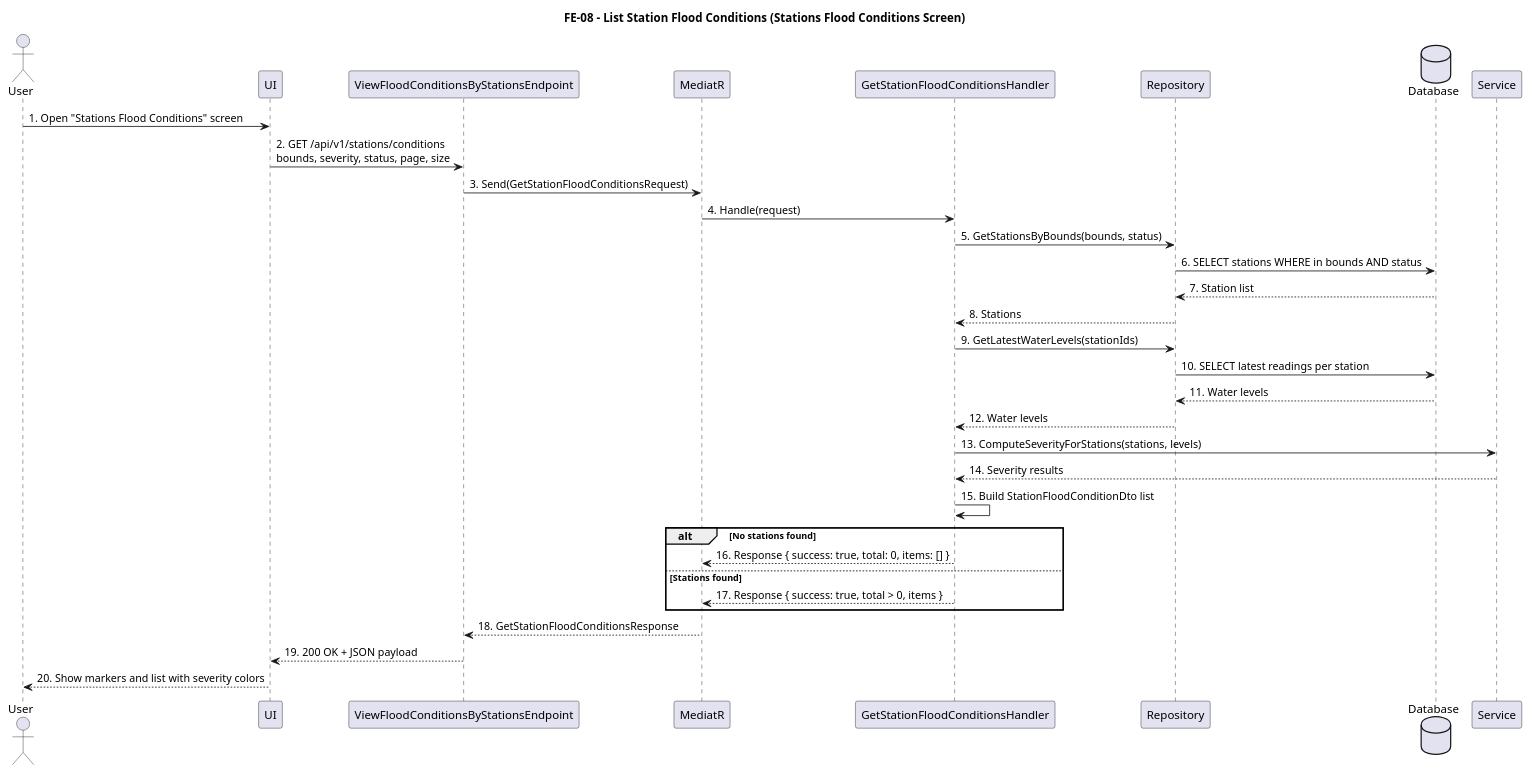
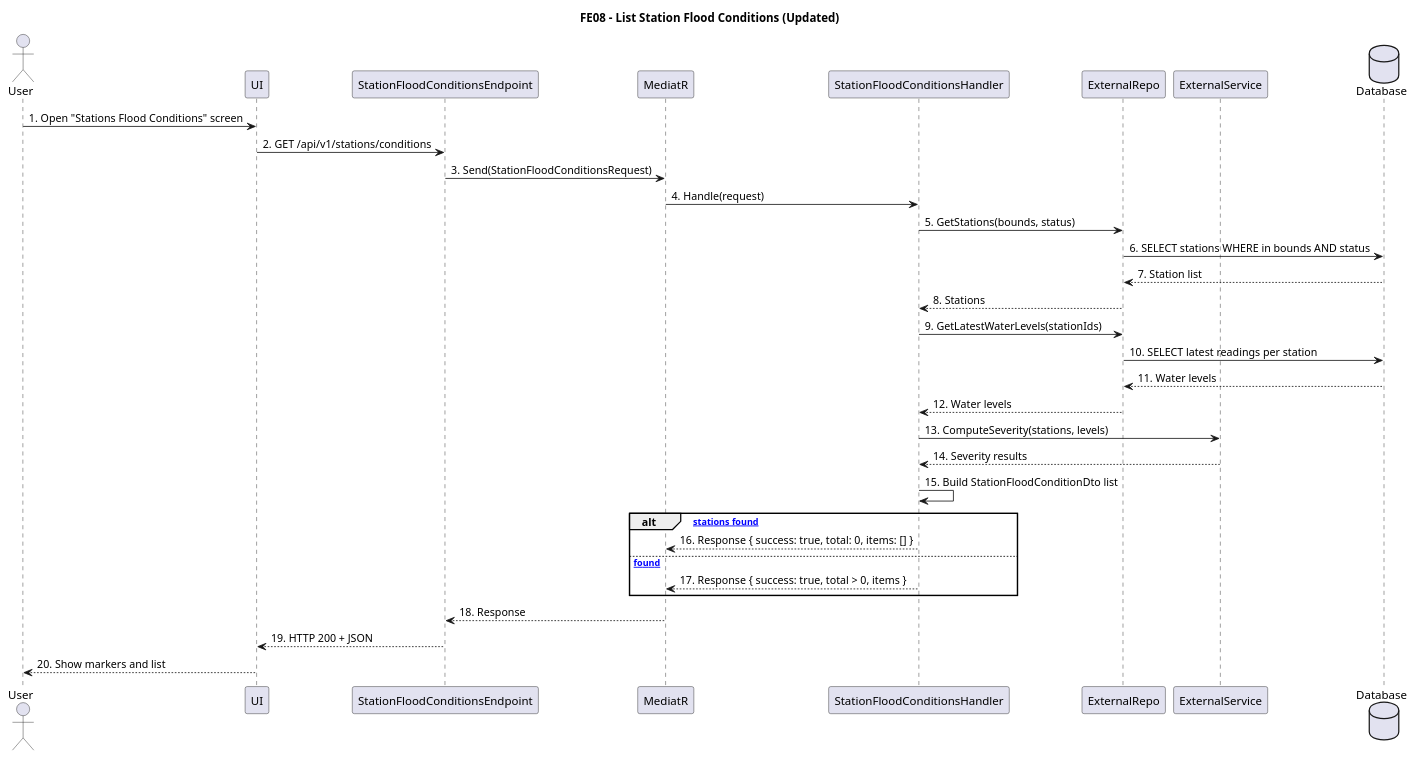
One commit to XuHo-IT/FDA_API changed the first of 2 diagrams in documents/Sequence.Diagram/FE08_ViewFloodConditionsBySensorStations.puml. Above: the diagram before and after it, drawn with PlantUML. The commit also changed other lines of this file and 2 other files, not shown here.

```diff
--- a/documents/Sequence.Diagram/FE08_ViewFloodConditionsBySensorStations.puml
+++ b/documents/Sequence.Diagram/FE08_ViewFloodConditionsBySensorStations.puml
@@ -1,43 +2,43 @@
-@startuml FE08_ListStationFloodConditions
-title FE-08 - List Station Flood Conditions (Stations Flood Conditions Screen)
+@startuml FE08_ListStationFloodConditions_Updated
+title FE08 - List Station Flood Conditions (Updated)
 
 actor User
 participant UI
-participant "ViewFloodConditionsByStationsEndpoint" as Endpoint
+participant StationFloodConditionsEndpoint
 participant MediatR
-participant "GetStationFloodConditionsHandler" as Handler
-participant Repository
+participant StationFloodConditionsHandler
+participant ExternalRepo
+participant ExternalService
 database Database
-participant Service
 
 User -> UI: 1. Open "Stations Flood Conditions" screen
-UI -> Endpoint: 2. GET /api/v1/stations/conditions\nbounds, severity, status, page, size
-Endpoint -> MediatR: 3. Send(GetStationFloodConditionsRequest)
-MediatR -> Handler: 4. Handle(request)
+UI -> StationFloodConditionsEndpoint: 2. GET /api/v1/stations/conditions
+StationFloodConditionsEndpoint -> MediatR: 3. Send(StationFloodConditionsRequest)
+MediatR -> StationFloodConditionsHandler: 4. Handle(request)
 
-Handler -> Repository: 5. GetStationsByBounds(bounds, status)
-Repository -> Database: 6. SELECT stations WHERE in bounds AND status
-Database --> Repository: 7. Station list
-Repository --> Handler: 8. Stations
+StationFloodConditionsHandler -> ExternalRepo: 5. GetStations(bounds, status)
+ExternalRepo -> Database: 6. SELECT stations WHERE in bounds AND status
+Database --> ExternalRepo: 7. Station list
+ExternalRepo --> StationFloodConditionsHandler: 8. Stations
 
-Handler -> Repository: 9. GetLatestWaterLevels(stationIds)
-Repository -> Database: 10. SELECT latest readings per station
-Database --> Repository: 11. Water levels
-Repository --> Handler: 12. Water levels
+StationFloodConditionsHandler -> ExternalRepo: 9. GetLatestWaterLevels(stationIds)
+ExternalRepo -> Database: 10. SELECT latest readings per station
+Database --> ExternalRepo: 11. Water levels
+ExternalRepo --> StationFloodConditionsHandler: 12. Water levels
 
-Handler -> Service: 13. ComputeSeverityForStations(stations, levels)
-Service --> Handler: 14. Severity results
+StationFloodConditionsHandler -> ExternalService: 13. ComputeSeverity(stations, levels)
+ExternalService --> StationFloodConditionsHandler: 14. Severity results
 
-Handler -> Handler: 15. Build StationFloodConditionDto list
+StationFloodConditionsHandler -> StationFloodConditionsHandler: 15. Build StationFloodConditionDto list
 
-alt No stations found
-  Handler --> MediatR: 16. Response { success: true, total: 0, items: [] }
-else Stations found
-  Handler --> MediatR: 17. Response { success: true, total > 0, items }
+alt [No stations found]
+    StationFloodConditionsHandler --> MediatR: 16. Response { success: true, total: 0, items: [] }
+else [Stations found]
+    StationFloodConditionsHandler --> MediatR: 17. Response { success: true, total > 0, items }
 end
 
-MediatR --> Endpoint: 18. GetStationFloodConditionsResponse
-Endpoint --> UI: 19. 200 OK + JSON payload
-UI --> User: 20. Show markers and list with severity colors
+MediatR --> StationFloodConditionsEndpoint: 18. Response
+StationFloodConditionsEndpoint --> UI: 19. HTTP 200 + JSON
+UI --> User: 20. Show markers and list
 
 @enduml
```
